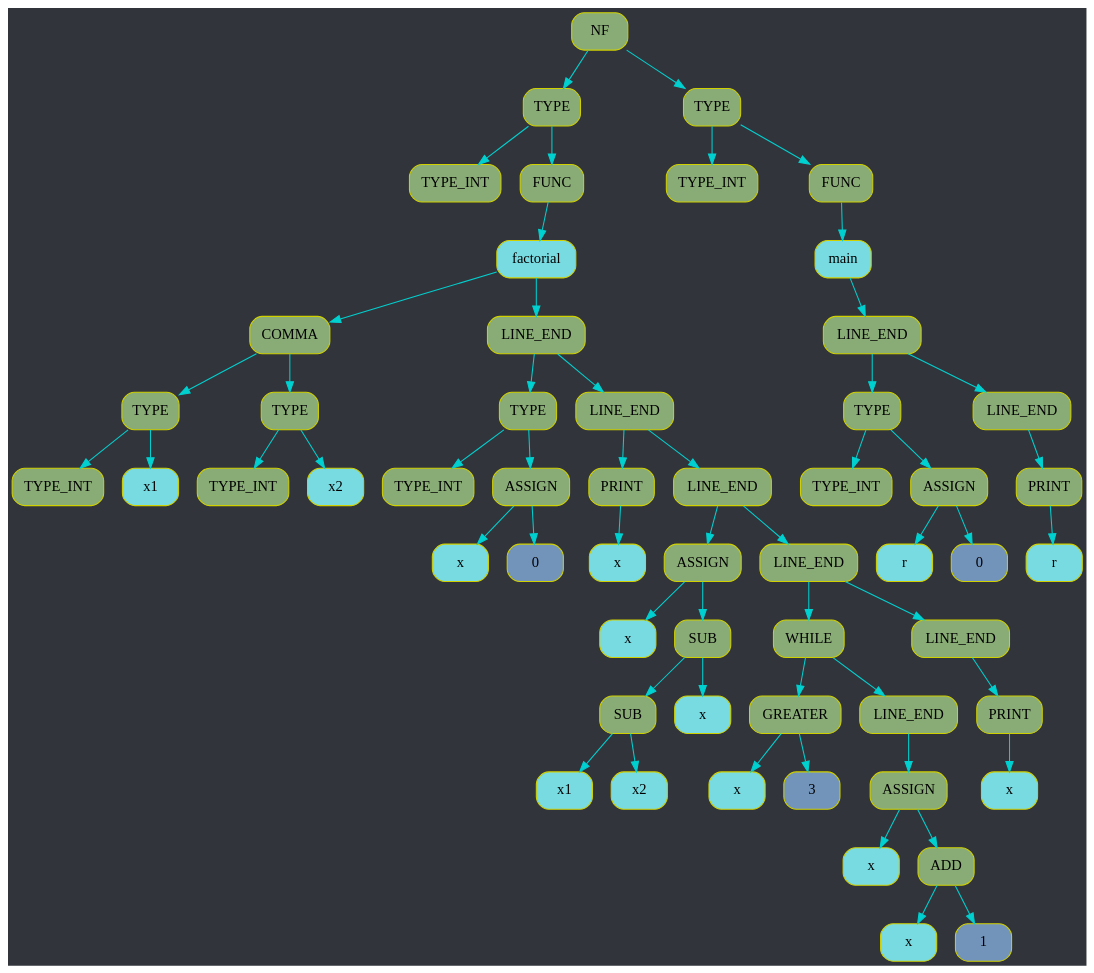
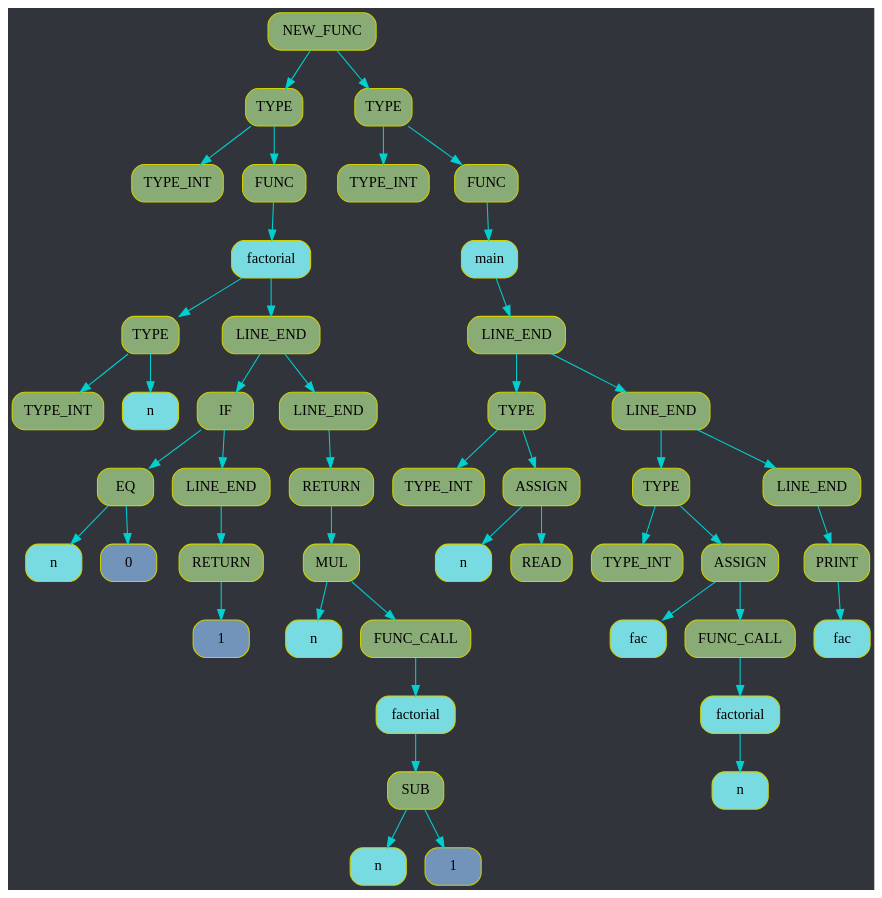
Before and after one commit to d3clane/ProgrammingLanguage: the diagram in FrontEnd/treeHandler.dot, drawn with Graphviz. The commit also changed 37 other files, not shown here.

```diff
--- a/FrontEnd/treeHandler.dot
+++ b/FrontEnd/treeHandler.dot
@@ -2,170 +2,140 @@
 rankdir=TB;
 graph [bgcolor="#31353b"];
 edge[color="#00D0D0"];
-node0x12bf11640[shape=Mrecord, style=filled, fillcolor="#89AC76", label = "NF", color = "#D0D000"];
-node0x12bf11430[shape=Mrecord, style=filled, fillcolor="#89AC76", label = "TYPE", color = "#D0D000"];
-node0x12bf10180[shape=Mrecord, style=filled, fillcolor="#89AC76", label = "TYPE_INT", color = "#D0D000"];
-node0x12bf10e90[shape=Mrecord, style=filled, fillcolor="#89AC76", label = "FUNC", color = "#D0D000"];
-node0x12bf10e70[shape=Mrecord, style=filled, fillcolor="#78DBE2", label = "factorial", color = "#D0D000"];
-node0x12bf10f90[shape=Mrecord, style=filled, fillcolor="#89AC76", label = "COMMA", color = "#D0D000"];
-node0x12bf10f00[shape=Mrecord, style=filled, fillcolor="#89AC76", label = "TYPE", color = "#D0D000"];
-node0x12bf10eb0[shape=Mrecord, style=filled, fillcolor="#89AC76", label = "TYPE_INT", color = "#D0D000"];
-node0x12bf10ee0[shape=Mrecord, style=filled, fillcolor="#78DBE2", label = "x1", color = "#D0D000"];
-node0x12bf10f70[shape=Mrecord, style=filled, fillcolor="#89AC76", label = "TYPE", color = "#D0D000"];
-node0x12bf10f20[shape=Mrecord, style=filled, fillcolor="#89AC76", label = "TYPE_INT", color = "#D0D000"];
-node0x12bf10f50[shape=Mrecord, style=filled, fillcolor="#78DBE2", label = "x2", color = "#D0D000"];
-node0x12bf10fb0[shape=Mrecord, style=filled, fillcolor="#89AC76", label = "LINE_END", color = "#D0D000"];
-node0x12bf11060[shape=Mrecord, style=filled, fillcolor="#89AC76", label = "TYPE", color = "#D0D000"];
-node0x12bf10fd0[shape=Mrecord, style=filled, fillcolor="#89AC76", label = "TYPE_INT", color = "#D0D000"];
-node0x12bf11040[shape=Mrecord, style=filled, fillcolor="#89AC76", label = "ASSIGN", color = "#D0D000"];
-node0x12bf11000[shape=Mrecord, style=filled, fillcolor="#78DBE2", label = "x", color = "#D0D000"];
-node0x12bf11020[shape=Mrecord, style=filled, fillcolor="#7293ba", label = "0", color = "#D0D000"];
-node0x12bf11080[shape=Mrecord, style=filled, fillcolor="#89AC76", label = "LINE_END", color = "#D0D000"];
-node0x12bf110d0[shape=Mrecord, style=filled, fillcolor="#89AC76", label = "PRINT", color = "#D0D000"];
-node0x12bf110b0[shape=Mrecord, style=filled, fillcolor="#78DBE2", label = "x", color = "#D0D000"];
-node0x12bf110f0[shape=Mrecord, style=filled, fillcolor="#89AC76", label = "LINE_END", color = "#D0D000"];
-node0x12bf11210[shape=Mrecord, style=filled, fillcolor="#89AC76", label = "ASSIGN", color = "#D0D000"];
-node0x12bf11120[shape=Mrecord, style=filled, fillcolor="#78DBE2", label = "x", color = "#D0D000"];
-node0x12bf111f0[shape=Mrecord, style=filled, fillcolor="#89AC76", label = "SUB", color = "#D0D000"];
-node0x12bf111a0[shape=Mrecord, style=filled, fillcolor="#89AC76", label = "SUB", color = "#D0D000"];
-node0x12bf11150[shape=Mrecord, style=filled, fillcolor="#78DBE2", label = "x1", color = "#D0D000"];
-node0x12bf11180[shape=Mrecord, style=filled, fillcolor="#78DBE2", label = "x2", color = "#D0D000"];
-node0x12bf111d0[shape=Mrecord, style=filled, fillcolor="#78DBE2", label = "x", color = "#D0D000"];
-node0x12bf11230[shape=Mrecord, style=filled, fillcolor="#89AC76", label = "LINE_END", color = "#D0D000"];
-node0x12bf113b0[shape=Mrecord, style=filled, fillcolor="#89AC76", label = "WHILE", color = "#D0D000"];
-node0x12bf112a0[shape=Mrecord, style=filled, fillcolor="#89AC76", label = "GREATER", color = "#D0D000"];
-node0x12bf11260[shape=Mrecord, style=filled, fillcolor="#78DBE2", label = "x", color = "#D0D000"];
-node0x12bf11280[shape=Mrecord, style=filled, fillcolor="#7293ba", label = "3", color = "#D0D000"];
-node0x12bf112c0[shape=Mrecord, style=filled, fillcolor="#89AC76", label = "LINE_END", color = "#D0D000"];
-node0x12bf11390[shape=Mrecord, style=filled, fillcolor="#89AC76", label = "ASSIGN", color = "#D0D000"];
-node0x12bf112f0[shape=Mrecord, style=filled, fillcolor="#78DBE2", label = "x", color = "#D0D000"];
-node0x12bf11370[shape=Mrecord, style=filled, fillcolor="#89AC76", label = "ADD", color = "#D0D000"];
-node0x12bf11330[shape=Mrecord, style=filled, fillcolor="#78DBE2", label = "x", color = "#D0D000"];
-node0x12bf11350[shape=Mrecord, style=filled, fillcolor="#7293ba", label = "1", color = "#D0D000"];
-node0x12bf113d0[shape=Mrecord, style=filled, fillcolor="#89AC76", label = "LINE_END", color = "#D0D000"];
-node0x12bf11410[shape=Mrecord, style=filled, fillcolor="#89AC76", label = "PRINT", color = "#D0D000"];
-node0x12bf113f0[shape=Mrecord, style=filled, fillcolor="#78DBE2", label = "x", color = "#D0D000"];
-node0x12bf11620[shape=Mrecord, style=filled, fillcolor="#89AC76", label = "TYPE", color = "#D0D000"];
-node0x12bf11470[shape=Mrecord, style=filled, fillcolor="#89AC76", label = "TYPE_INT", color = "#D0D000"];
-node0x12bf114c0[shape=Mrecord, style=filled, fillcolor="#89AC76", label = "FUNC", color = "#D0D000"];
-node0x12bf114a0[shape=Mrecord, style=filled, fillcolor="#78DBE2", label = "main", color = "#D0D000"];
-node0x12bf114e0[shape=Mrecord, style=filled, fillcolor="#89AC76", label = "LINE_END", color = "#D0D000"];
-node0x12bf11590[shape=Mrecord, style=filled, fillcolor="#89AC76", label = "TYPE", color = "#D0D000"];
-node0x12bf11500[shape=Mrecord, style=filled, fillcolor="#89AC76", label = "TYPE_INT", color = "#D0D000"];
-node0x12bf11570[shape=Mrecord, style=filled, fillcolor="#89AC76", label = "ASSIGN", color = "#D0D000"];
-node0x12bf11530[shape=Mrecord, style=filled, fillcolor="#78DBE2", label = "r", color = "#D0D000"];
-node0x12bf11550[shape=Mrecord, style=filled, fillcolor="#7293ba", label = "0", color = "#D0D000"];
-node0x12bf115b0[shape=Mrecord, style=filled, fillcolor="#89AC76", label = "LINE_END", color = "#D0D000"];
-node0x12bf11600[shape=Mrecord, style=filled, fillcolor="#89AC76", label = "PRINT", color = "#D0D000"];
-node0x12bf115e0[shape=Mrecord, style=filled, fillcolor="#78DBE2", label = "r", color = "#D0D000"];
-node0x12bf11640;
-node0x12bf11640->node0x12bf11430;
-node0x12bf11430->node0x12bf10180;
+node0x153707b60[shape=Mrecord, style=filled, fillcolor="#89AC76", label = "NEW_FUNC", color = "#D0D000"];
+node0x153615100[shape=Mrecord, style=filled, fillcolor="#89AC76", label = "TYPE", color = "#D0D000"];
+node0x153707060[shape=Mrecord, style=filled, fillcolor="#89AC76", label = "TYPE_INT", color = "#D0D000"];
+node0x153706b00[shape=Mrecord, style=filled, fillcolor="#89AC76", label = "FUNC", color = "#D0D000"];
+node0x153706ae0[shape=Mrecord, style=filled, fillcolor="#78DBE2", label = "factorial", color = "#D0D000"];
+node0x153707580[shape=Mrecord, style=filled, fillcolor="#89AC76", label = "TYPE", color = "#D0D000"];
+node0x153706b20[shape=Mrecord, style=filled, fillcolor="#89AC76", label = "TYPE_INT", color = "#D0D000"];
+node0x153707560[shape=Mrecord, style=filled, fillcolor="#78DBE2", label = "n", color = "#D0D000"];
+node0x1537075a0[shape=Mrecord, style=filled, fillcolor="#89AC76", label = "LINE_END", color = "#D0D000"];
+node0x153706ca0[shape=Mrecord, style=filled, fillcolor="#89AC76", label = "IF", color = "#D0D000"];
+node0x1537071f0[shape=Mrecord, style=filled, fillcolor="#89AC76", label = "EQ", color = "#D0D000"];
+node0x1537071b0[shape=Mrecord, style=filled, fillcolor="#78DBE2", label = "n", color = "#D0D000"];
+node0x1537071d0[shape=Mrecord, style=filled, fillcolor="#7293ba", label = "0", color = "#D0D000"];
+node0x153707210[shape=Mrecord, style=filled, fillcolor="#89AC76", label = "LINE_END", color = "#D0D000"];
+node0x153706c80[shape=Mrecord, style=filled, fillcolor="#89AC76", label = "RETURN", color = "#D0D000"];
+node0x153706c60[shape=Mrecord, style=filled, fillcolor="#7293ba", label = "1", color = "#D0D000"];
+node0x153706cc0[shape=Mrecord, style=filled, fillcolor="#89AC76", label = "LINE_END", color = "#D0D000"];
+node0x1536150e0[shape=Mrecord, style=filled, fillcolor="#89AC76", label = "RETURN", color = "#D0D000"];
+node0x1536150c0[shape=Mrecord, style=filled, fillcolor="#89AC76", label = "MUL", color = "#D0D000"];
+node0x153707da0[shape=Mrecord, style=filled, fillcolor="#78DBE2", label = "n", color = "#D0D000"];
+node0x1536150a0[shape=Mrecord, style=filled, fillcolor="#89AC76", label = "FUNC_CALL", color = "#D0D000"];
+node0x153707dc0[shape=Mrecord, style=filled, fillcolor="#78DBE2", label = "factorial", color = "#D0D000"];
+node0x153615080[shape=Mrecord, style=filled, fillcolor="#89AC76", label = "SUB", color = "#D0D000"];
+node0x153615040[shape=Mrecord, style=filled, fillcolor="#78DBE2", label = "n", color = "#D0D000"];
+node0x153615060[shape=Mrecord, style=filled, fillcolor="#7293ba", label = "1", color = "#D0D000"];
+node0x153707b40[shape=Mrecord, style=filled, fillcolor="#89AC76", label = "TYPE", color = "#D0D000"];
+node0x153615140[shape=Mrecord, style=filled, fillcolor="#89AC76", label = "TYPE_INT", color = "#D0D000"];
+node0x153615180[shape=Mrecord, style=filled, fillcolor="#89AC76", label = "FUNC", color = "#D0D000"];
+node0x153615160[shape=Mrecord, style=filled, fillcolor="#78DBE2", label = "main", color = "#D0D000"];
+node0x1536151a0[shape=Mrecord, style=filled, fillcolor="#89AC76", label = "LINE_END", color = "#D0D000"];
+node0x153707e20[shape=Mrecord, style=filled, fillcolor="#89AC76", label = "TYPE", color = "#D0D000"];
+node0x1536151c0[shape=Mrecord, style=filled, fillcolor="#89AC76", label = "TYPE_INT", color = "#D0D000"];
+node0x153707e00[shape=Mrecord, style=filled, fillcolor="#89AC76", label = "ASSIGN", color = "#D0D000"];
+node0x1536151e0[shape=Mrecord, style=filled, fillcolor="#78DBE2", label = "n", color = "#D0D000"];
+node0x153707de0[shape=Mrecord, style=filled, fillcolor="#89AC76", label = "READ", color = "#D0D000"];
+node0x153707e40[shape=Mrecord, style=filled, fillcolor="#89AC76", label = "LINE_END", color = "#D0D000"];
+node0x153707f50[shape=Mrecord, style=filled, fillcolor="#89AC76", label = "TYPE", color = "#D0D000"];
+node0x153707e60[shape=Mrecord, style=filled, fillcolor="#89AC76", label = "TYPE_INT", color = "#D0D000"];
+node0x153707f30[shape=Mrecord, style=filled, fillcolor="#89AC76", label = "ASSIGN", color = "#D0D000"];
+node0x153707e90[shape=Mrecord, style=filled, fillcolor="#78DBE2", label = "fac", color = "#D0D000"];
+node0x153707f10[shape=Mrecord, style=filled, fillcolor="#89AC76", label = "FUNC_CALL", color = "#D0D000"];
+node0x153707ec0[shape=Mrecord, style=filled, fillcolor="#78DBE2", label = "factorial", color = "#D0D000"];
+node0x153707ef0[shape=Mrecord, style=filled, fillcolor="#78DBE2", label = "n", color = "#D0D000"];
+node0x153707f70[shape=Mrecord, style=filled, fillcolor="#89AC76", label = "LINE_END", color = "#D0D000"];
+node0x153707b20[shape=Mrecord, style=filled, fillcolor="#89AC76", label = "PRINT", color = "#D0D000"];
+node0x153707b00[shape=Mrecord, style=filled, fillcolor="#78DBE2", label = "fac", color = "#D0D000"];
+node0x153707b60;
+node0x153707b60->node0x153615100;
+node0x153615100->node0x153707060;
 
 
-node0x12bf11430->node0x12bf10e90;
-node0x12bf10e90->node0x12bf10e70;
-node0x12bf10e70->node0x12bf10f90;
-node0x12bf10f90->node0x12bf10f00;
-node0x12bf10f00->node0x12bf10eb0;
+node0x153615100->node0x153706b00;
+node0x153706b00->node0x153706ae0;
+node0x153706ae0->node0x153707580;
+node0x153707580->node0x153706b20;
 
 
-node0x12bf10f00->node0x12bf10ee0;
+node0x153707580->node0x153707560;
 
 
-node0x12bf10f90->node0x12bf10f70;
-node0x12bf10f70->node0x12bf10f20;
+node0x153706ae0->node0x1537075a0;
+node0x1537075a0->node0x153706ca0;
+node0x153706ca0->node0x1537071f0;
+node0x1537071f0->node0x1537071b0;
 
 
-node0x12bf10f70->node0x12bf10f50;
+node0x1537071f0->node0x1537071d0;
 
 
-node0x12bf10e70->node0x12bf10fb0;
-node0x12bf10fb0->node0x12bf11060;
-node0x12bf11060->node0x12bf10fd0;
-
-
-node0x12bf11060->node0x12bf11040;
-node0x12bf11040->node0x12bf11000;
-
-
-node0x12bf11040->node0x12bf11020;
-
-
-node0x12bf10fb0->node0x12bf11080;
-node0x12bf11080->node0x12bf110d0;
-node0x12bf110d0->node0x12bf110b0;
+node0x153706ca0->node0x153707210;
+node0x153707210->node0x153706c80;
+node0x153706c80->node0x153706c60;
 
 
 
-node0x12bf11080->node0x12bf110f0;
-node0x12bf110f0->node0x12bf11210;
-node0x12bf11210->node0x12bf11120;
+
+node0x1537075a0->node0x153706cc0;
+node0x153706cc0->node0x1536150e0;
+node0x1536150e0->node0x1536150c0;
+node0x1536150c0->node0x153707da0;
 
 
-node0x12bf11210->node0x12bf111f0;
-node0x12bf111f0->node0x12bf111a0;
-node0x12bf111a0->node0x12bf11150;
+node0x1536150c0->node0x1536150a0;
+node0x1536150a0->node0x153707dc0;
+node0x153707dc0->node0x153615080;
+node0x153615080->node0x153615040;
 
 
-node0x12bf111a0->node0x12bf11180;
-
-
-node0x12bf111f0->node0x12bf111d0;
-
-
-node0x12bf110f0->node0x12bf11230;
-node0x12bf11230->node0x12bf113b0;
-node0x12bf113b0->node0x12bf112a0;
-node0x12bf112a0->node0x12bf11260;
-
-
-node0x12bf112a0->node0x12bf11280;
-
-
-node0x12bf113b0->node0x12bf112c0;
-node0x12bf112c0->node0x12bf11390;
-node0x12bf11390->node0x12bf112f0;
-
-
-node0x12bf11390->node0x12bf11370;
-node0x12bf11370->node0x12bf11330;
-
-
-node0x12bf11370->node0x12bf11350;
-
-
-
-node0x12bf11230->node0x12bf113d0;
-node0x12bf113d0->node0x12bf11410;
-node0x12bf11410->node0x12bf113f0;
+node0x153615080->node0x153615060;
 
 
 
 
 
-node0x12bf11640->node0x12bf11620;
-node0x12bf11620->node0x12bf11470;
 
 
-node0x12bf11620->node0x12bf114c0;
-node0x12bf114c0->node0x12bf114a0;
-
-node0x12bf114a0->node0x12bf114e0;
-node0x12bf114e0->node0x12bf11590;
-node0x12bf11590->node0x12bf11500;
+node0x153707b60->node0x153707b40;
+node0x153707b40->node0x153615140;
 
 
-node0x12bf11590->node0x12bf11570;
-node0x12bf11570->node0x12bf11530;
+node0x153707b40->node0x153615180;
+node0x153615180->node0x153615160;
+
+node0x153615160->node0x1536151a0;
+node0x1536151a0->node0x153707e20;
+node0x153707e20->node0x1536151c0;
 
 
-node0x12bf11570->node0x12bf11550;
+node0x153707e20->node0x153707e00;
+node0x153707e00->node0x1536151e0;
 
 
-node0x12bf114e0->node0x12bf115b0;
-node0x12bf115b0->node0x12bf11600;
-node0x12bf11600->node0x12bf115e0;
+node0x153707e00->node0x153707de0;
+
+
+node0x1536151a0->node0x153707e40;
+node0x153707e40->node0x153707f50;
+node0x153707f50->node0x153707e60;
+
+
+node0x153707f50->node0x153707f30;
+node0x153707f30->node0x153707e90;
+
+
+node0x153707f30->node0x153707f10;
+node0x153707f10->node0x153707ec0;
+node0x153707ec0->node0x153707ef0;
+
+
+
+
+node0x153707e40->node0x153707f70;
+node0x153707f70->node0x153707b20;
+node0x153707b20->node0x153707b00;
 
 
 
```
